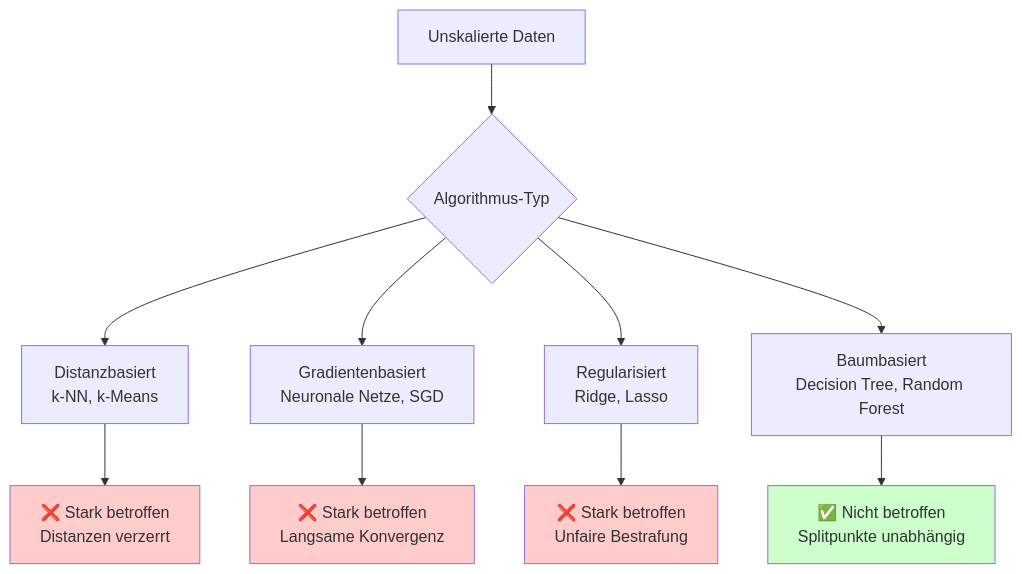
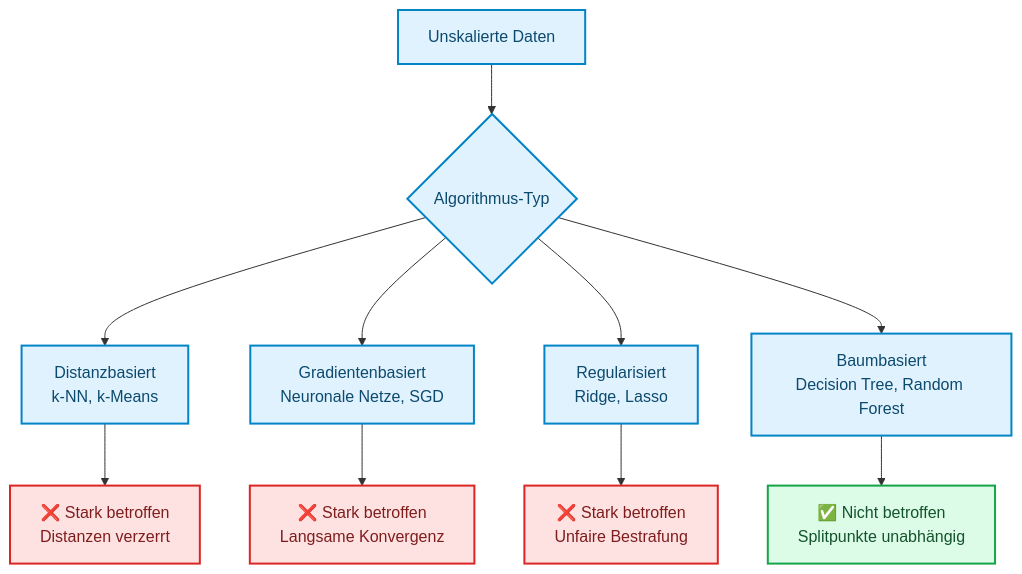
The first of 4 diagrams in docs/concepts/prepare/skalierung.md (ralf-42/ML_Intro), drawn with Mermaid before and after one commit. The commit also changed other lines of this file and 67 other files, not shown here.

````diff
--- a/docs/concepts/prepare/skalierung.md
+++ b/docs/concepts/prepare/skalierung.md
@@ -44,19 +44,20 @@
 ```mermaid
 flowchart TD
     A[Unskalierte Daten] --> B{Algorithmus-Typ}
     
     B --> C[Distanzbasiert<br/>k-NN, k-Means]
     B --> D[Gradientenbasiert<br/>Neuronale Netze, SGD]
     B --> E[Regularisiert<br/>Ridge, Lasso]
     B --> F[Baumbasiert<br/>Decision Tree, Random Forest]
     
     C --> G[❌ Stark betroffen<br/>Distanzen verzerrt]
     D --> H[❌ Stark betroffen<br/>Langsame Konvergenz]
     E --> I[❌ Stark betroffen<br/>Unfaire Bestrafung]
     F --> J[✅ Nicht betroffen<br/>Splitpunkte unabhängig]
-    
-    style G fill:#ffcccc
-    style H fill:#ffcccc
-    style I fill:#ffcccc
-    style J fill:#ccffcc
+
+    classDef default fill:#e0f2fe,stroke:#0284c7,stroke-width:2px,color:#0c4a6e;
+    classDef output fill:#dcfce7,stroke:#16a34a,stroke-width:2px,color:#14532d;
+    classDef stop fill:#fee2e2,stroke:#dc2626,stroke-width:2px,color:#7f1d1d;
+    class J output;
+    class G,H,I stop;
 ```
````
